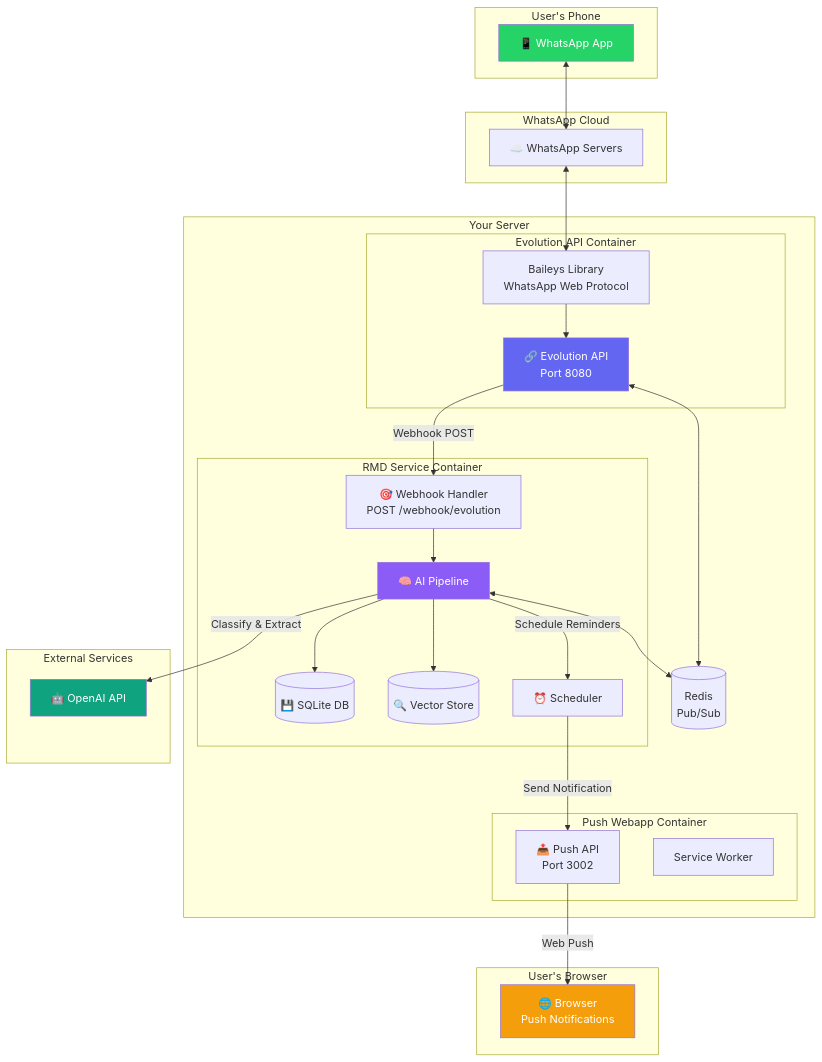
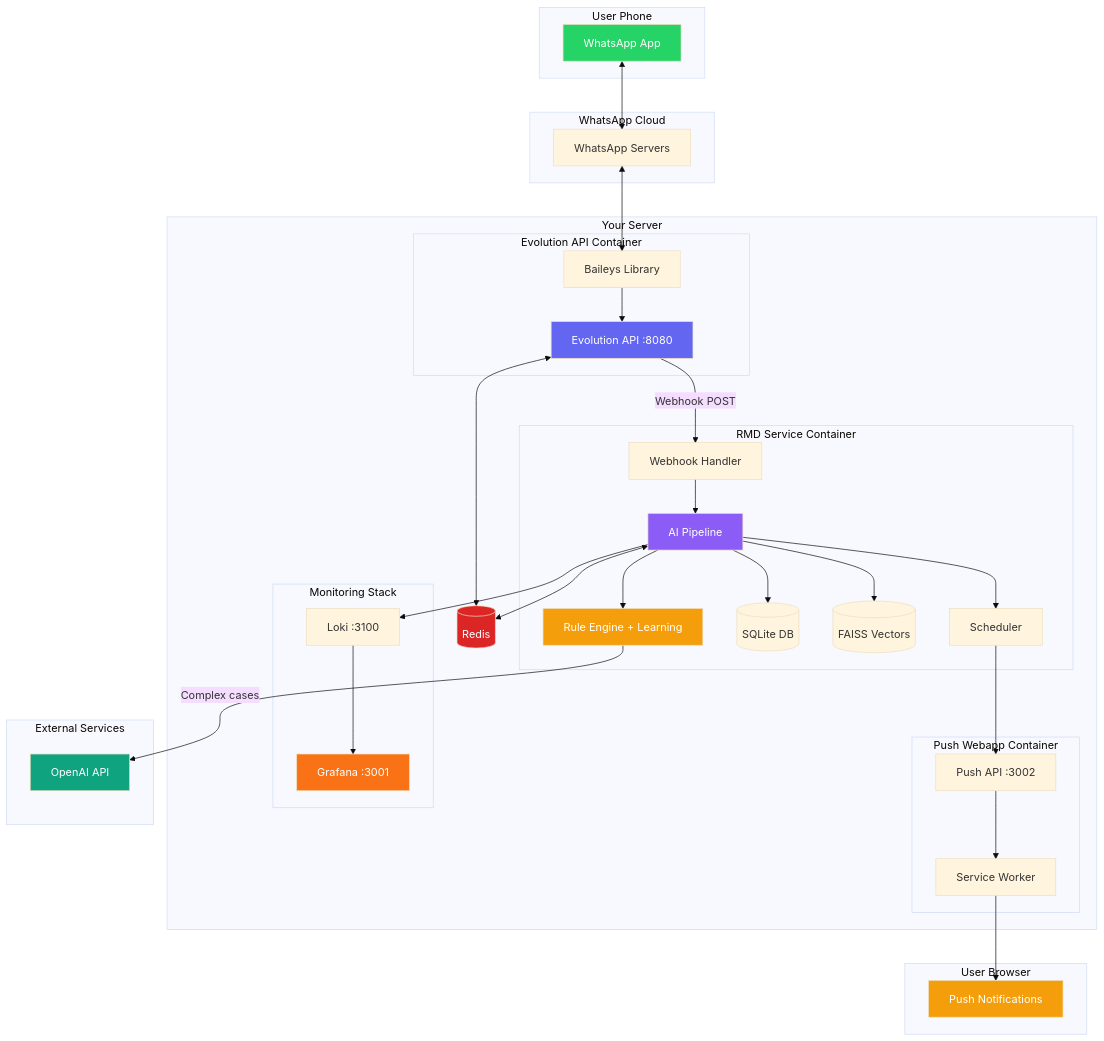
Before and after one commit to nityam2007/whatsapp-chat-rmd: the diagram in docs/diagrams/01-system-architecture.mmd, drawn with Mermaid. The commit also changed 5 other files, not shown here.

First line of the commit message:
docs: update architecture diagrams for v0.5.0

```diff
--- a/docs/diagrams/01-system-architecture.mmd
+++ b/docs/diagrams/01-system-architecture.mmd
@@ -1,59 +1,81 @@
-graph TB
-    subgraph "User's Phone"
-        WA[📱 WhatsApp App]
+%%{init: {'theme': 'base'}}%%
+
+flowchart TB
+    %% ============================================
+    %% SYSTEM OVERVIEW - High Level Architecture
+    %% ============================================
+
+    subgraph PHONE["User Phone"]
+        WA["WhatsApp App"]
     end
 
-    subgraph "WhatsApp Cloud"
-        WAC[☁️ WhatsApp Servers]
+    subgraph CLOUD["WhatsApp Cloud"]
+        SERVERS["WhatsApp Servers"]
     end
 
-    subgraph "Your Server"
-        subgraph "Evolution API Container"
-            EVO[🔗 Evolution API<br/>Port 8080]
-            BAILEYS[Baileys Library<br/>WhatsApp Web Protocol]
+    subgraph SERVER["Your Server"]
+        
+        subgraph EVO_CONTAINER["Evolution API Container"]
+            EVO["Evolution API :8080"]
+            BAILEYS["Baileys Library"]
         end
 
-        subgraph "RMD Service Container"
-            WEBHOOK[🎯 Webhook Handler<br/>POST /webhook/evolution]
-            PIPELINE[🧠 AI Pipeline]
-            DB[(💾 SQLite DB)]
-            VECTOR[(🔍 Vector Store)]
-            SCHEDULER[⏰ Scheduler]
+        subgraph RMD_CONTAINER["RMD Service Container"]
+            WEBHOOK["Webhook Handler"]
+            PIPELINE["AI Pipeline"]
+            RULE_ENGINE["Rule Engine + Learning"]
+            DB[("SQLite DB")]
+            VECTOR[("FAISS Vectors")]
+            SCHEDULER["Scheduler"]
         end
 
-        subgraph "Push Webapp Container"
-            PUSHAPI[📤 Push API<br/>Port 3002]
-            SW[Service Worker]
+        subgraph PUSH_CONTAINER["Push Webapp Container"]
+            PUSH_API["Push API :3002"]
+            SW["Service Worker"]
         end
 
-        REDIS[(Redis<br/>Pub/Sub)]
+        subgraph MONITOR["Monitoring Stack"]
+            GRAFANA["Grafana :3001"]
+            LOKI["Loki :3100"]
+        end
+
+        REDIS[("Redis")]
     end
 
-    subgraph "External Services"
-        OPENAI[🤖 OpenAI API]
+    subgraph EXTERNAL["External Services"]
+        OPENAI["OpenAI API"]
     end
 
-    subgraph "User's Browser"
-        BROWSER[🌐 Browser<br/>Push Notifications]
+    subgraph BROWSER["User Browser"]
+        NOTIF["Push Notifications"]
     end
 
-    WA <--> WAC
-    WAC <--> BAILEYS
+    %% Connections
+    WA <--> SERVERS
+    SERVERS <--> BAILEYS
     BAILEYS --> EVO
-    EVO -->|Webhook POST| WEBHOOK
+    EVO -->|"Webhook POST"| WEBHOOK
     WEBHOOK --> PIPELINE
-    PIPELINE -->|Classify & Extract| OPENAI
+    PIPELINE --> RULE_ENGINE
+    RULE_ENGINE -->|"Complex cases"| OPENAI
     PIPELINE --> DB
     PIPELINE --> VECTOR
-    PIPELINE -->|Schedule Reminders| SCHEDULER
-    SCHEDULER -->|Send Notification| PUSHAPI
-    PUSHAPI -->|Web Push| BROWSER
+    PIPELINE --> SCHEDULER
+    SCHEDULER --> PUSH_API
+    PUSH_API --> SW
+    SW --> NOTIF
     
     EVO <--> REDIS
     PIPELINE <--> REDIS
+    PIPELINE --> LOKI
+    LOKI --> GRAFANA
 
+    %% Styling
     style WA fill:#25D366,color:#fff
     style EVO fill:#6366f1,color:#fff
     style PIPELINE fill:#8b5cf6,color:#fff
+    style RULE_ENGINE fill:#f59e0b,color:#fff
     style OPENAI fill:#10a37f,color:#fff
-    style BROWSER fill:#f59e0b,color:#fff
+    style NOTIF fill:#f59e0b,color:#fff
+    style REDIS fill:#dc2626,color:#fff
+    style GRAFANA fill:#f97316,color:#fff
```
